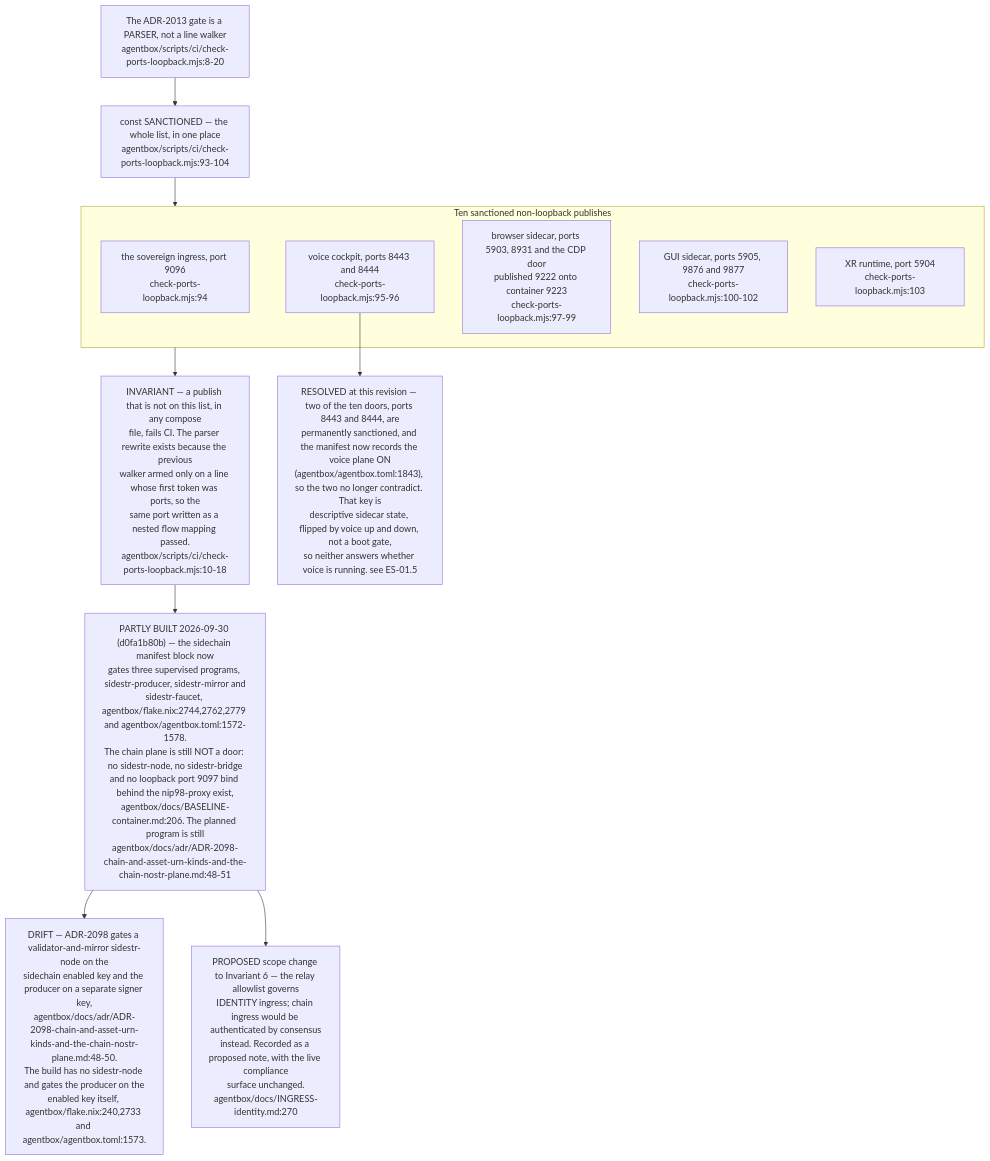
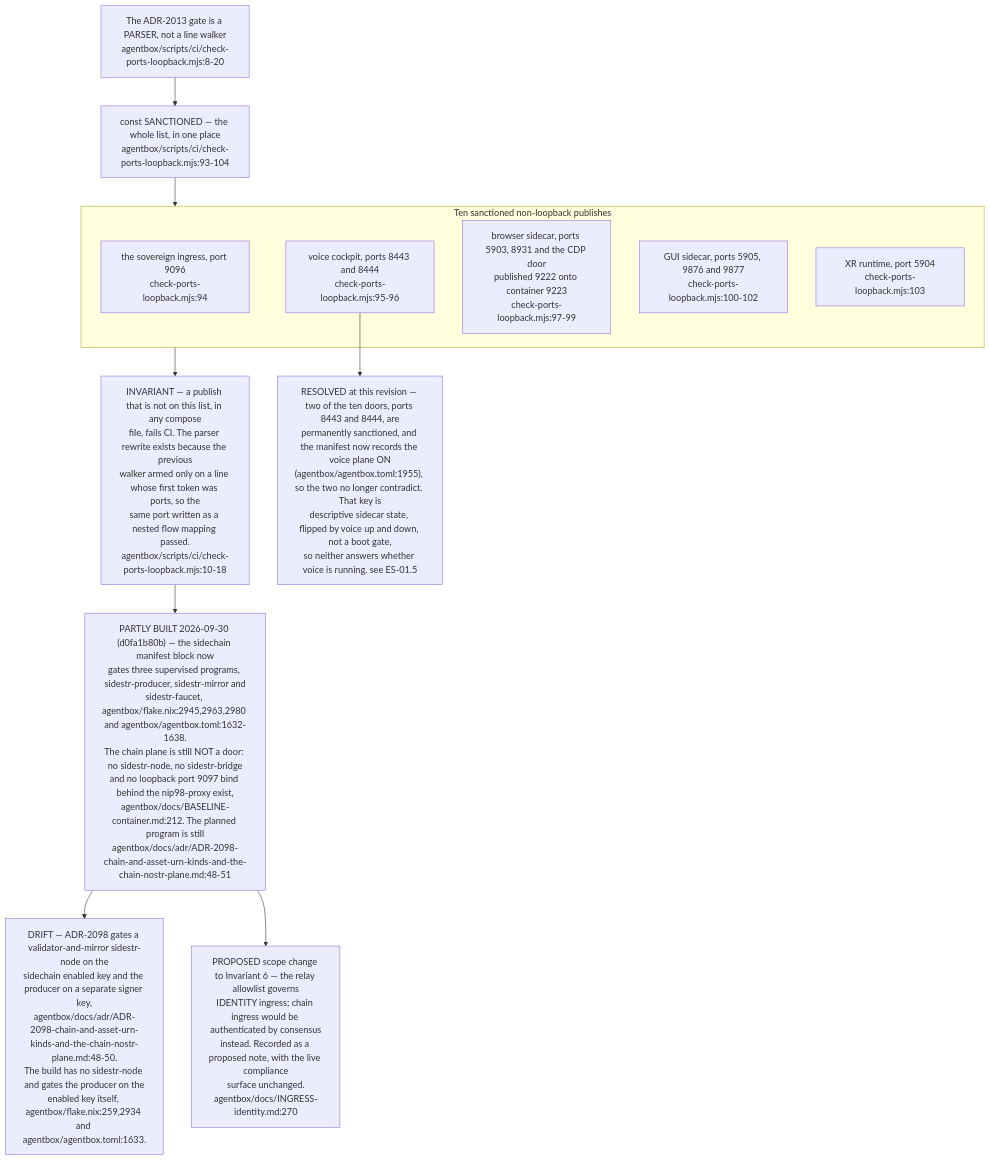
One commit to DreamLab-AI/VisionFlow changed diagram 11 of 11 in docs/diagrams/estate/10-deployment-and-security-profiles.md. Above: the diagram before and after it, drawn with Mermaid. The commit also changed other lines of this file and 111 other files, not shown here.

Commit message:
docs(diagrams): align estate maps with current source

````diff
--- a/docs/diagrams/estate/10-deployment-and-security-profiles.md
+++ b/docs/diagrams/estate/10-deployment-and-security-profiles.md
@@ -436,29 +436,29 @@
 ```mermaid
 flowchart TB
     GATE["The ADR-2013 gate is a PARSER, not a line walker<br/>agentbox/scripts/ci/check-ports-loopback.mjs:8-20"]
     LIST["const SANCTIONED — the whole list, in one place<br/>agentbox/scripts/ci/check-ports-loopback.mjs:93-104"]
     GATE --> LIST
 
     subgraph DOORS["Ten sanctioned non-loopback publishes"]
         D0["the sovereign ingress, port 9096<br/>check-ports-loopback.mjs:94"]
         D1["voice cockpit, ports 8443 and 8444<br/>check-ports-loopback.mjs:95-96"]
         D2["browser sidecar, ports 5903, 8931 and the CDP door<br/>published 9222 onto container 9223<br/>check-ports-loopback.mjs:97-99"]
         D3["GUI sidecar, ports 5905, 9876 and 9877<br/>check-ports-loopback.mjs:100-102"]
         D4["XR runtime, port 5904<br/>check-ports-loopback.mjs:103"]
     end
     LIST --> DOORS
 
     INV["INVARIANT — a publish that is not on this list, in any compose<br/>file, fails CI. The parser rewrite exists because the previous<br/>walker armed only on a line whose first token was ports, so the<br/>same port written as a nested flow mapping passed.<br/>agentbox/scripts/ci/check-ports-loopback.mjs:10-18"]
     DOORS --> INV
 
-    PROP["PARTLY BUILT 2026-09-30 (d0fa1b80b) — the sidechain manifest block now<br/>gates three supervised programs, sidestr-producer, sidestr-mirror and<br/>sidestr-faucet, agentbox/flake.nix:2744,2762,2779 and agentbox/agentbox.toml:1572-1578.<br/>The chain plane is still NOT a door: no sidestr-node, no sidestr-bridge<br/>and no loopback port 9097 bind behind the nip98-proxy exist,<br/>agentbox/docs/BASELINE-container.md:206. The planned program is still<br/>agentbox/docs/adr/ADR-2098-chain-and-asset-urn-kinds-and-the-chain-nostr-plane.md:48-51"]
+    PROP["PARTLY BUILT 2026-09-30 (d0fa1b80b) — the sidechain manifest block now<br/>gates three supervised programs, sidestr-producer, sidestr-mirror and<br/>sidestr-faucet, agentbox/flake.nix:2945,2963,2980 and agentbox/agentbox.toml:1632-1638.<br/>The chain plane is still NOT a door: no sidestr-node, no sidestr-bridge<br/>and no loopback port 9097 bind behind the nip98-proxy exist,<br/>agentbox/docs/BASELINE-container.md:212. The planned program is still<br/>agentbox/docs/adr/ADR-2098-chain-and-asset-urn-kinds-and-the-chain-nostr-plane.md:48-51"]
     INV --> PROP
-    GATEDRIFT["DRIFT — ADR-2098 gates a validator-and-mirror sidestr-node on the<br/>sidechain enabled key and the producer on a separate signer key,<br/>agentbox/docs/adr/ADR-2098-chain-and-asset-urn-kinds-and-the-chain-nostr-plane.md:48-50.<br/>The build has no sidestr-node and gates the producer on the<br/>enabled key itself, agentbox/flake.nix:240,2733 and agentbox/agentbox.toml:1573."]
+    GATEDRIFT["DRIFT — ADR-2098 gates a validator-and-mirror sidestr-node on the<br/>sidechain enabled key and the producer on a separate signer key,<br/>agentbox/docs/adr/ADR-2098-chain-and-asset-urn-kinds-and-the-chain-nostr-plane.md:48-50.<br/>The build has no sidestr-node and gates the producer on the<br/>enabled key itself, agentbox/flake.nix:259,2934 and agentbox/agentbox.toml:1633."]
     PROP --> GATEDRIFT
 
     NARROW["PROPOSED scope change to Invariant 6 — the relay allowlist governs<br/>IDENTITY ingress; chain ingress would be authenticated by consensus<br/>instead. Recorded as a proposed note, with the live compliance<br/>surface unchanged.<br/>agentbox/docs/INGRESS-identity.md:270"]
     PROP --> NARROW
 
-    TENSION["RESOLVED at this revision — two of the ten doors, ports 8443 and 8444, are<br/>permanently sanctioned, and the manifest now records the voice plane ON<br/>(agentbox/agentbox.toml:1843), so the two no longer contradict. That key is<br/>descriptive sidecar state, flipped by voice up and down, not a boot gate,<br/>so neither answers whether voice is running. see ES-01.5"]
+    TENSION["RESOLVED at this revision — two of the ten doors, ports 8443 and 8444, are<br/>permanently sanctioned, and the manifest now records the voice plane ON<br/>(agentbox/agentbox.toml:1955), so the two no longer contradict. That key is<br/>descriptive sidecar state, flipped by voice up and down, not a boot gate,<br/>so neither answers whether voice is running. see ES-01.5"]
     D1 --> TENSION
 ```
````
